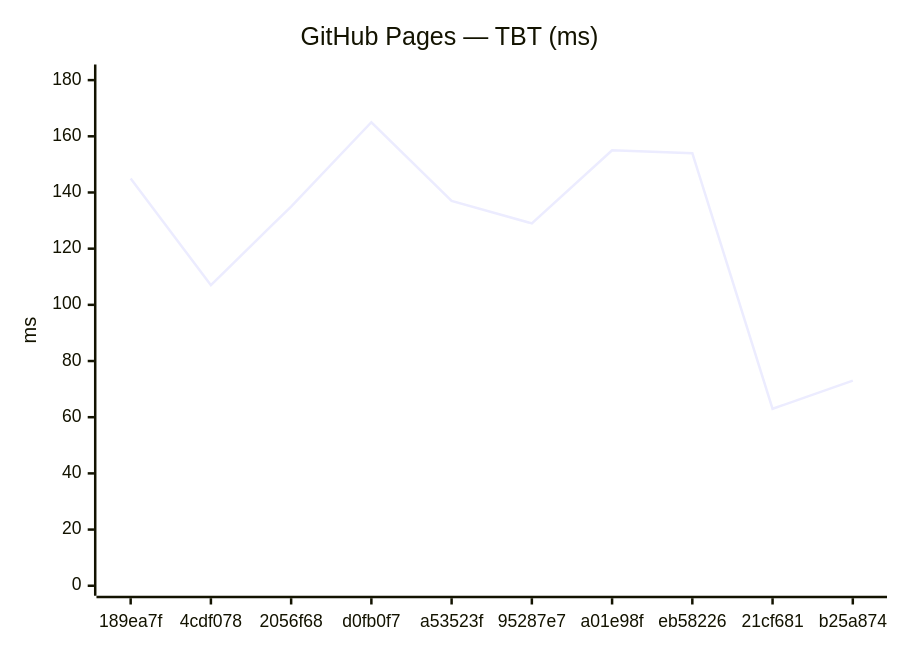
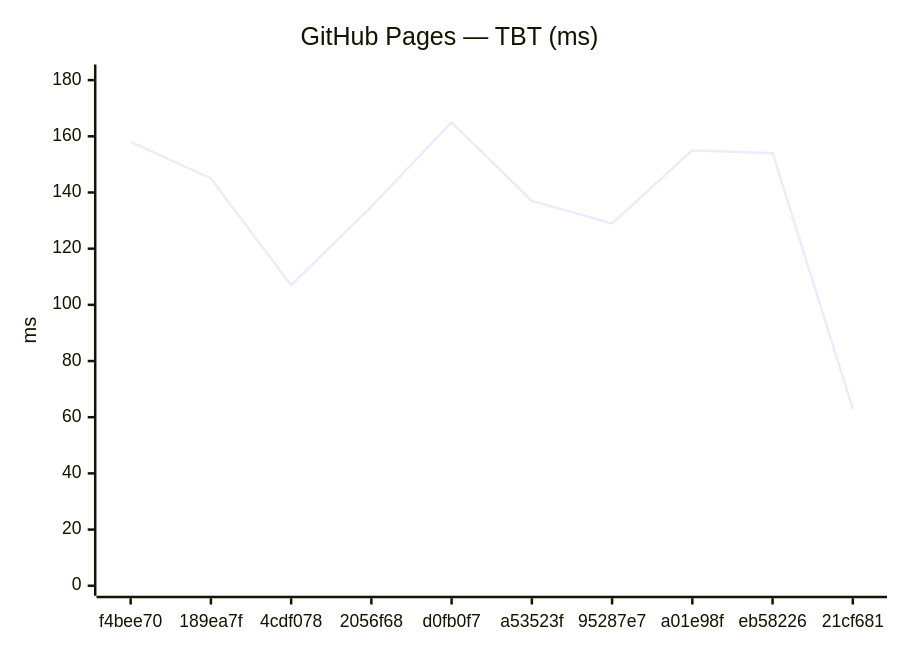
One commit to Metaheurist/Rianell changed the fourth of 18 diagrams in benchmarks/compare.md. Above: the diagram before and after it, drawn with Mermaid. The commit also changed other lines of this file and 11 other files, not shown here.

````diff
--- a/benchmarks/compare.md
+++ b/benchmarks/compare.md
@@ -61,7 +61,7 @@
 ```mermaid
 xychart-beta
     title "GitHub Pages — TBT (ms)"
-    x-axis ["189ea7f", "4cdf078", "2056f68", "d0fb0f7", "a53523f", "95287e7", "a01e98f", "eb58226", "21cf681", "b25a874"]
+    x-axis ["f4bee70", "189ea7f", "4cdf078", "2056f68", "d0fb0f7", "a53523f", "95287e7", "a01e98f", "eb58226", "21cf681"]
     y-axis "ms" 0 --> 182
-    line [145, 107, 135, 165, 137, 129, 155, 154, 63, 73]
+    line [158, 145, 107, 135, 165, 137, 129, 155, 154, 63]
 ```
````
